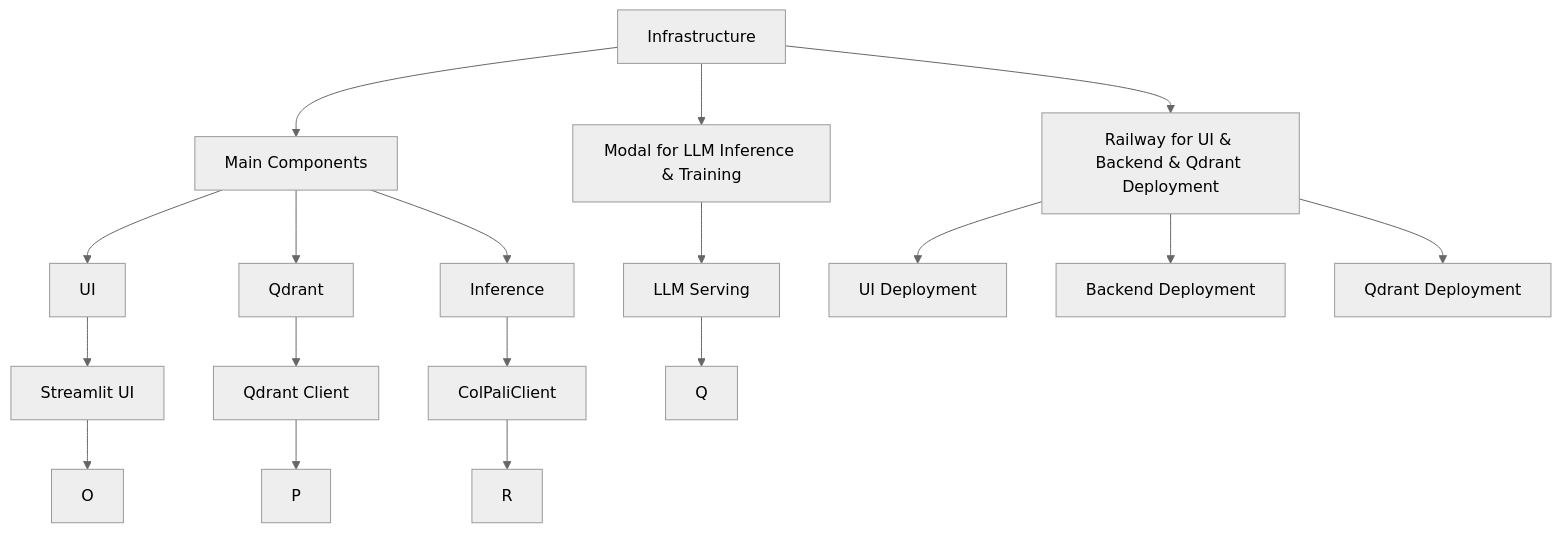
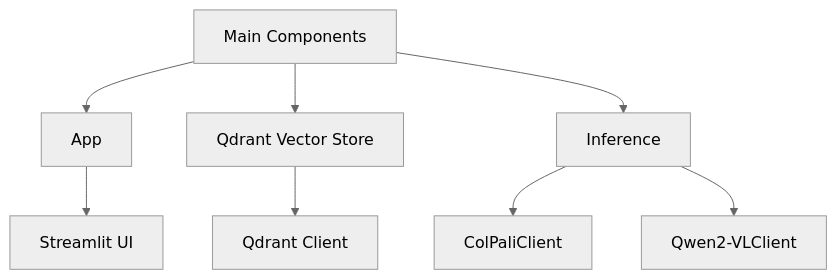
Before and after one commit to kyryl-opens-ml/smarthr-llm-workshop: the diagram in ai-search-demo/README.md, drawn with Mermaid (neutral theme). The commit also changed other lines of this file, not shown here.

````diff
--- a/ai-search-demo/README.md
+++ b/ai-search-demo/README.md
@@ -14,23 +67,12 @@
 ```mermaid
 graph TD;
-    A[Infrastructure] --> B[Modal for LLM Inference & Training]
-    A --> C[Railway for UI & Backend & Qdrant Deployment]
-    A --> D[Main Components]
-    D --> E[UI]
-    D --> F[Qdrant]
+    D[Main Components] --> E[App]
+    D --> F[Qdrant Vector Store]
     D --> G[Inference]
-
-    B --> H[LLM Serving]
-    C --> I[UI Deployment]
-    C --> J[Backend Deployment]
-    C --> K[Qdrant Deployment]
 
     E --> L[Streamlit UI]
     F --> M[Qdrant Client]
     G --> N[ColPaliClient]
+    G --> Z[Qwen2-VLClient]
 
-    L --> O
-    M --> P
-    N --> R
-    H --> Q
 ```
````
